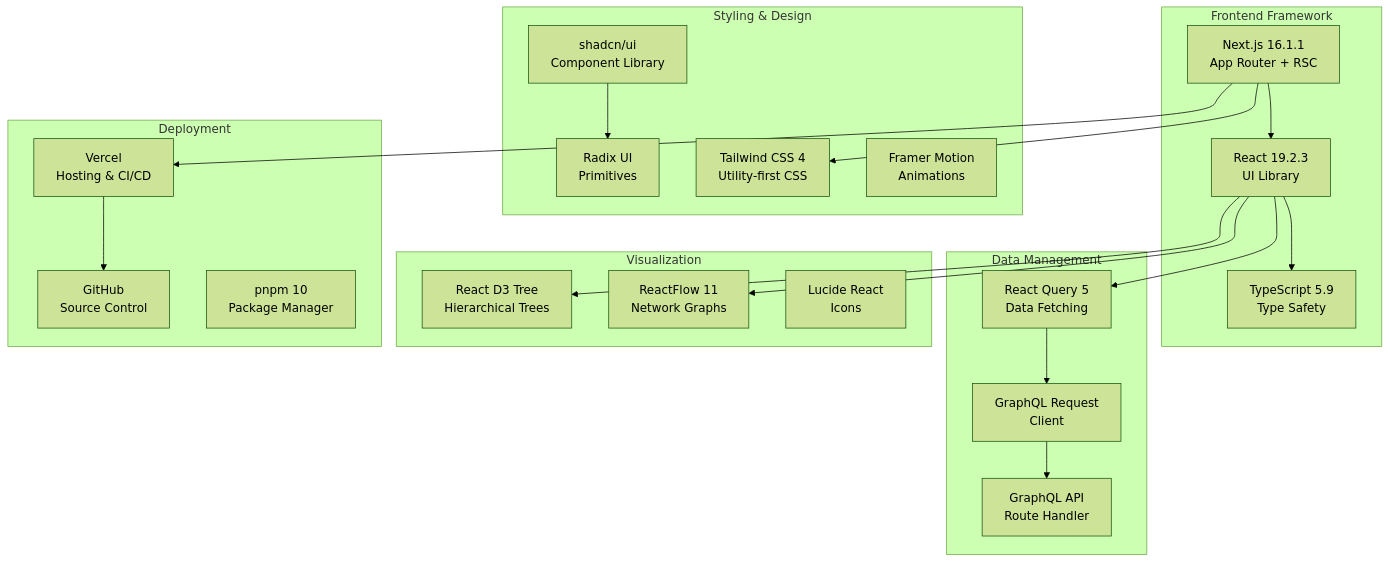
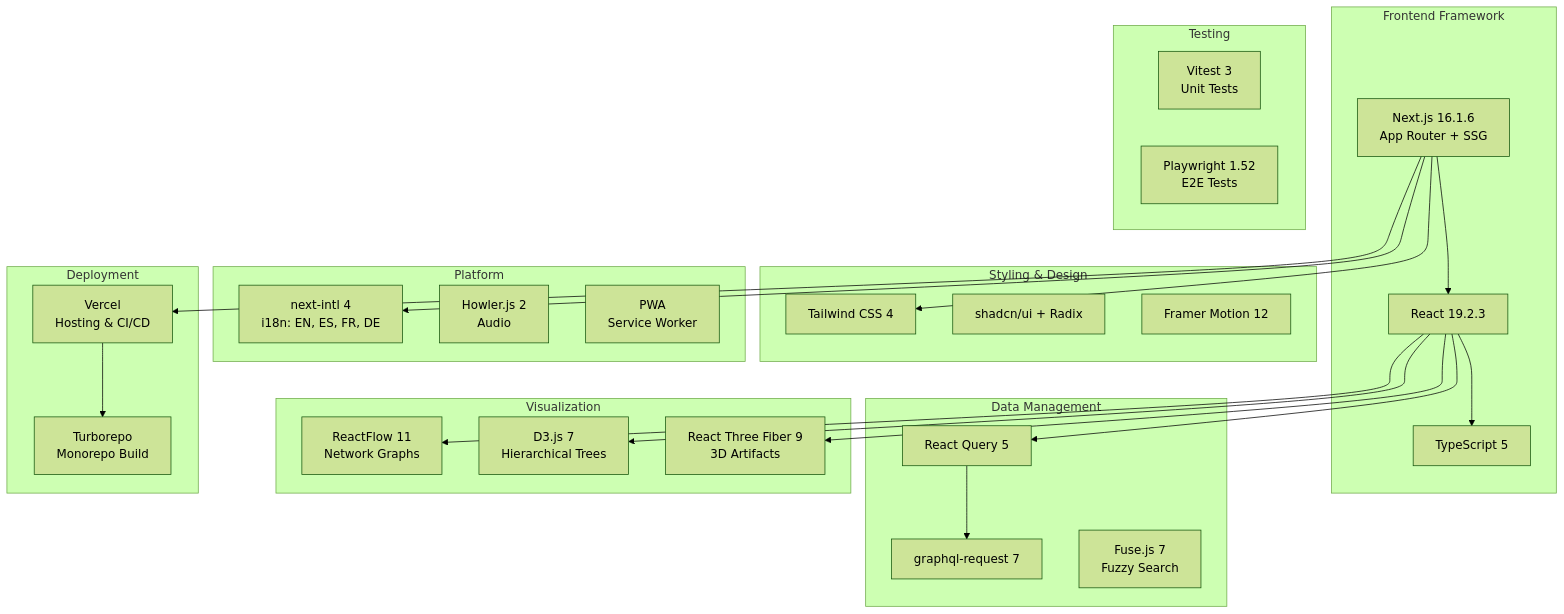
The fourth of 5 diagrams in ARCHITECTURE.md (forbiddenlink/mythos), drawn with Mermaid (forest theme) before and after one commit. The commit also changed other lines of this file and 2 other files, not shown here.

First line of the commit message:
docs: rewrite README, ARCHITECTURE with accurate data and versions

````diff
--- a/ARCHITECTURE.md
+++ b/ARCHITECTURE.md
@@ -196,45 +170,51 @@
 ```mermaid
 graph TB
     subgraph "Frontend Framework"
-        A[Next.js 16.1.1<br/>App Router + RSC]
-        B[React 19.2.3<br/>UI Library]
-        C[TypeScript 5.9<br/>Type Safety]
+        A[Next.js 16.1.6<br/>App Router + SSG]
+        B[React 19.2.3]
+        C[TypeScript 5]
     end
     
     subgraph "Styling & Design"
-        D[Tailwind CSS 4<br/>Utility-first CSS]
-        E[shadcn/ui<br/>Component Library]
-        F[Radix UI<br/>Primitives]
-        G[Framer Motion<br/>Animations]
+        D[Tailwind CSS 4]
+        E[shadcn/ui + Radix]
+        F[Framer Motion 12]
     end
     
     subgraph "Data Management"
-        H[React Query 5<br/>Data Fetching]
-        I[GraphQL Request<br/>Client]
-        J[GraphQL API<br/>Route Handler]
+        G[React Query 5]
+        H[graphql-request 7]
+        I[Fuse.js 7<br/>Fuzzy Search]
     end
     
     subgraph "Visualization"
-        K[ReactFlow 11<br/>Network Graphs]
-        L[React D3 Tree<br/>Hierarchical Trees]
-        M[Lucide React<br/>Icons]
+        J[ReactFlow 11<br/>Network Graphs]
+        K[D3.js 7<br/>Hierarchical Trees]
+        L[React Three Fiber 9<br/>3D Artifacts]
+    end
+    
+    subgraph "Platform"
+        M[next-intl 4<br/>i18n: EN, ES, FR, DE]
+        N[Howler.js 2<br/>Audio]
+        O[PWA<br/>Service Worker]
+    end
+    
+    subgraph "Testing"
+        P[Vitest 3<br/>Unit Tests]
+        Q[Playwright 1.52<br/>E2E Tests]
     end
     
     subgraph "Deployment"
-        N[Vercel<br/>Hosting & CI/CD]
-        O[GitHub<br/>Source Control]
-        P[pnpm 10<br/>Package Manager]
+        R[Vercel<br/>Hosting & CI/CD]
+        S[Turborepo<br/>Monorepo Build]
     end
     
-    A --> B
-    B --> C
+    A --> B --> C
     A --> D
-    E --> F
-    B --> H
-    H --> I
-    I --> J
+    B --> G --> H
+    B --> J
     B --> K
     B --> L
-    A --> N
-    N --> O
+    A --> M
+    A --> R --> S
 ```
````
